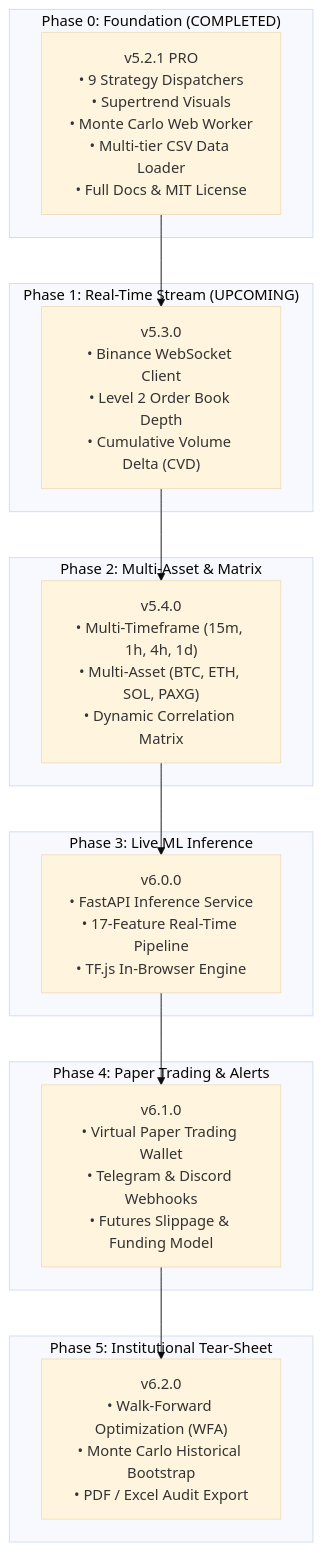
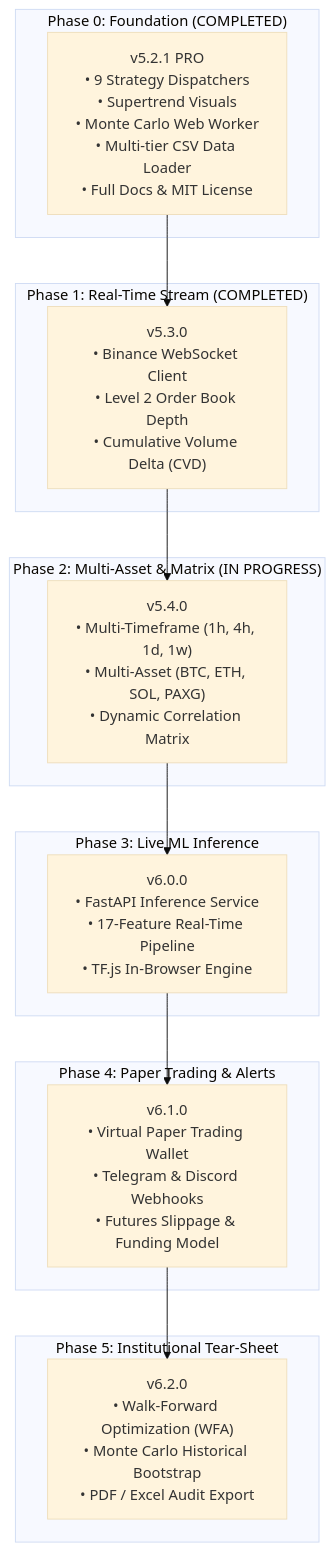
The diagram in ROADMAP.md (zakiafuadi925-ops/Quant_Trading_System), drawn with Mermaid (base theme) before and after one commit. The commit also changed other lines of this file and 6 other files, not shown here.

````diff
--- a/ROADMAP.md
+++ b/ROADMAP.md
@@ -15,32 +15,32 @@
 ```mermaid
 flowchart TD
     subgraph P0["Phase 0: Foundation (COMPLETED)"]
         A["v5.2.1 PRO<br/>• 9 Strategy Dispatchers<br/>• Supertrend Visuals<br/>• Monte Carlo Web Worker<br/>• Multi-tier CSV Data Loader<br/>• Full Docs & MIT License"]
     end
 
-    subgraph P1["Phase 1: Real-Time Stream (UPCOMING)"]
+    subgraph P1["Phase 1: Real-Time Stream (COMPLETED)"]
         B["v5.3.0<br/>• Binance WebSocket Client<br/>• Level 2 Order Book Depth<br/>• Cumulative Volume Delta (CVD)"]
     end
 
-    subgraph P2["Phase 2: Multi-Asset & Matrix"]
-        C["v5.4.0<br/>• Multi-Timeframe (15m, 1h, 4h, 1d)<br/>• Multi-Asset (BTC, ETH, SOL, PAXG)<br/>• Dynamic Correlation Matrix"]
+    subgraph P2["Phase 2: Multi-Asset & Matrix (IN PROGRESS)"]
+        C["v5.4.0<br/>• Multi-Timeframe (1h, 4h, 1d, 1w)<br/>• Multi-Asset (BTC, ETH, SOL, PAXG)<br/>• Dynamic Correlation Matrix"]
     end
 
     subgraph P3["Phase 3: Live ML Inference"]
         D["v6.0.0<br/>• FastAPI Inference Service<br/>• 17-Feature Real-Time Pipeline<br/>• TF.js In-Browser Engine"]
     end
 
     subgraph P4["Phase 4: Paper Trading & Alerts"]
         E["v6.1.0<br/>• Virtual Paper Trading Wallet<br/>• Telegram & Discord Webhooks<br/>• Futures Slippage & Funding Model"]
     end
 
     subgraph P5["Phase 5: Institutional Tear-Sheet"]
         F["v6.2.0<br/>• Walk-Forward Optimization (WFA)<br/>• Monte Carlo Historical Bootstrap<br/>• PDF / Excel Audit Export"]
     end
 
     A --> B
     B --> C
     C --> D
     D --> E
     E --> F
 ```
````
